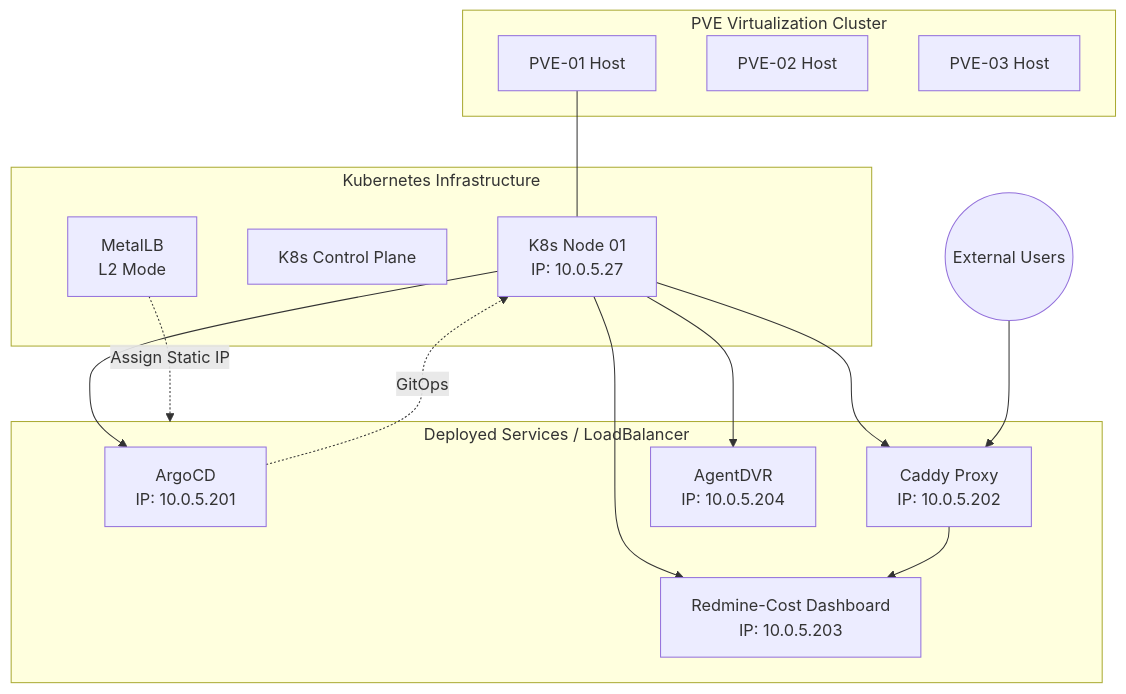
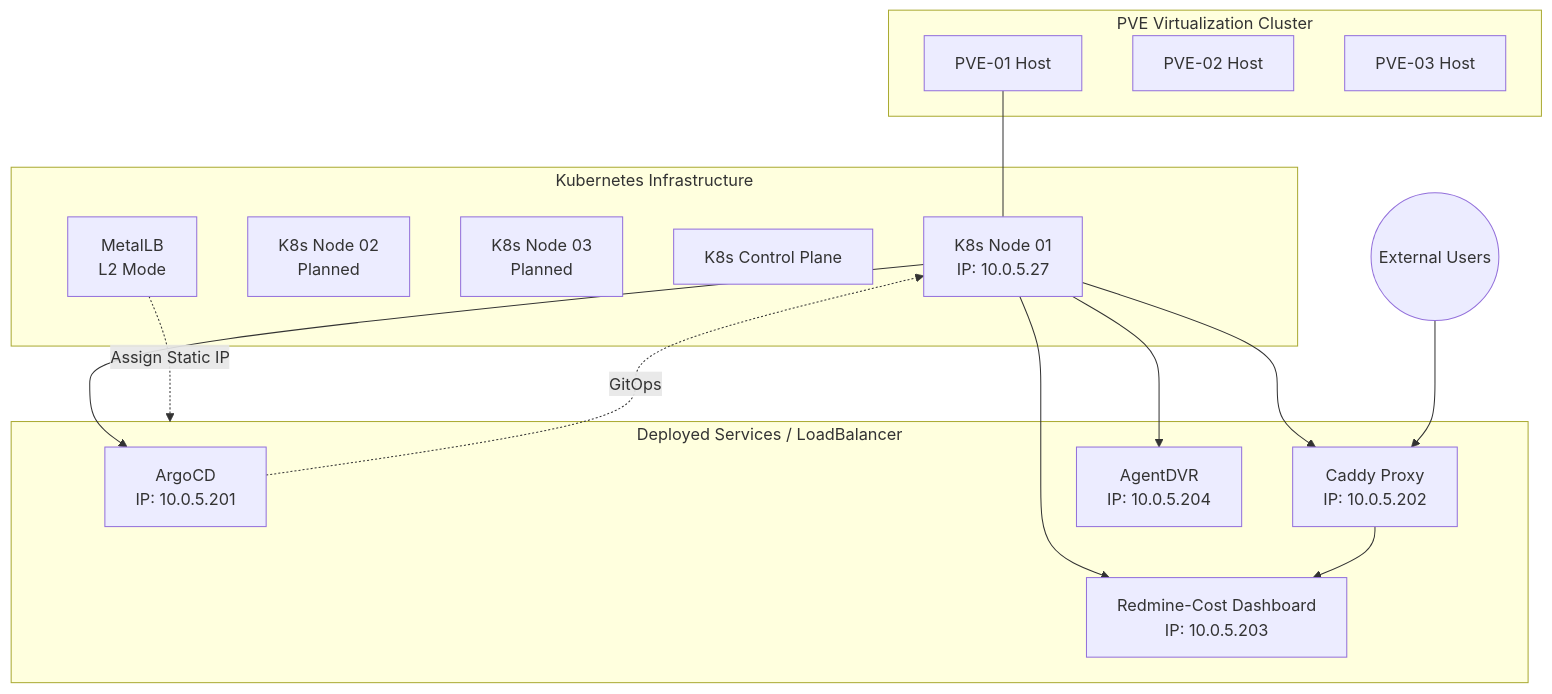
Before and after one commit to kentlin0919/Gamma-Employee-Handover-Documentation: the diagram in projects/02-infra-k8s-pve/docs/CLUSTER_CONFIG.md, drawn with Mermaid. The commit also changed other lines of this file and 16 other files, not shown here.

````diff
--- a/projects/02-infra-k8s-pve/docs/CLUSTER_CONFIG.md
+++ b/projects/02-infra-k8s-pve/docs/CLUSTER_CONFIG.md
@@ -5,34 +5,36 @@
 ```mermaid
 graph TD
     subgraph Physical_Layer [PVE Virtualization Cluster]
         PVE_01[PVE-01 Host]
         PVE_02[PVE-02 Host]
         PVE_03[PVE-03 Host]
     end
 
     subgraph K8s_Layer [Kubernetes Infrastructure]
         K8s_Node_1[K8s Node 01 <br/> IP: 10.0.5.27]
+        K8s_Node_2[K8s Node 02 <br/> Planned]
+        K8s_Node_3[K8s Node 03 <br/> Planned]
         K8s_Control[K8s Control Plane]
         MetalLB[MetalLB <br/> L2 Mode]
     end
 
     subgraph Service_Layer [Deployed Services / LoadBalancer]
         ArgoCD[ArgoCD <br/> IP: 10.0.5.201]
         Caddy[Caddy Proxy <br/> IP: 10.0.5.202]
         RedmineCost[Redmine-Cost Dashboard <br/> IP: 10.0.5.203]
         AgentDVR[AgentDVR <br/> IP: 10.0.5.204]
     end
 
     %% Physical to Logical Mapping
     PVE_01 --- K8s_Node_1
     MetalLB -.->|Assign Static IP| Service_Layer
     K8s_Node_1 --> ArgoCD
     K8s_Node_1 --> Caddy
     K8s_Node_1 --> RedmineCost
     K8s_Node_1 --> AgentDVR
 
     %% Traffic Flow
     External_User((External Users)) --> Caddy
     Caddy --> RedmineCost
     ArgoCD -.->|GitOps| K8s_Node_1
 ```
````
